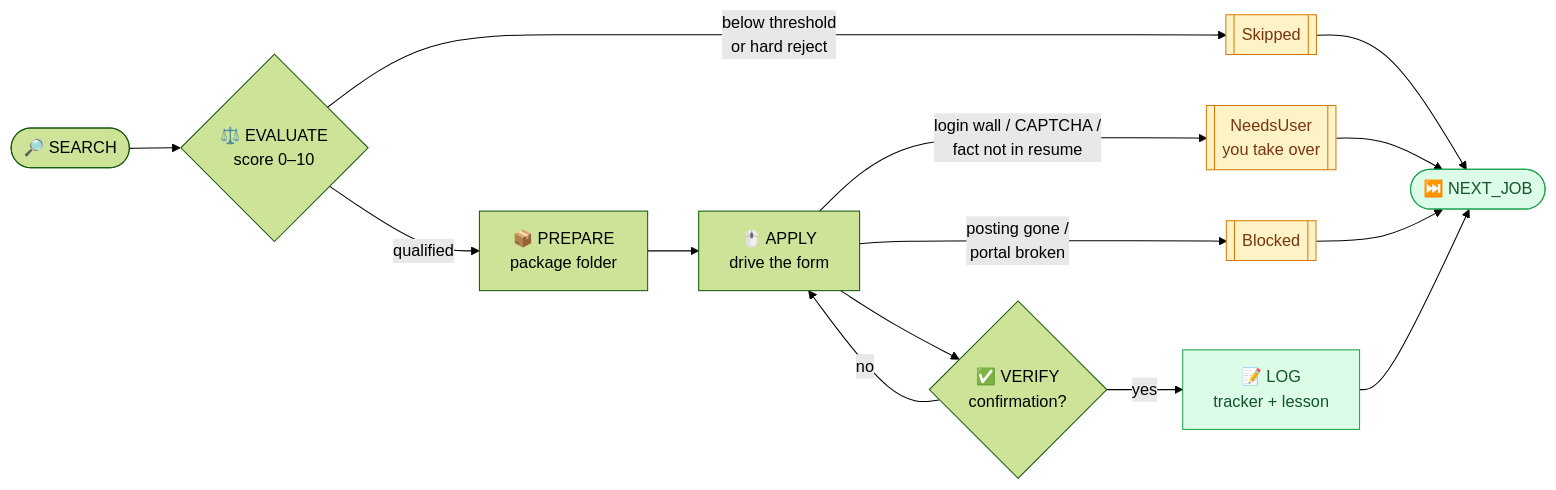
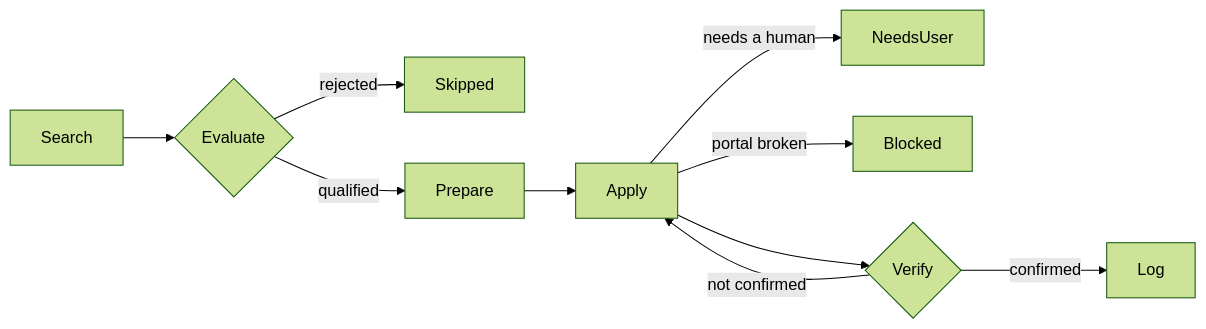
The diagram in README.md (kelvinvaddoriya/job-application-agent), drawn with Mermaid (forest theme) before and after one commit. The commit also changed other lines of this file and 7 other files, not shown here.

````diff
--- a/README.md
+++ b/README.md
@@ -148,21 +57,12 @@
 ```mermaid
 flowchart LR
-    S([🔎 SEARCH]) --> E{⚖️ EVALUATE<br/>score 0–10}
-    E -- below threshold<br/>or hard reject --> SK[[Skipped]]
-    E -- qualified --> P[📦 PREPARE<br/>package folder]
-    P --> A[🖱️ APPLY<br/>drive the form]
-    A -- login wall / CAPTCHA /<br/>fact not in resume --> NU[[NeedsUser<br/>you take over]]
-    A -- posting gone /<br/>portal broken --> BL[[Blocked]]
-    A --> V{✅ VERIFY<br/>confirmation?}
-    V -- yes --> L[📝 LOG<br/>tracker + lesson]
-    V -- no --> A
-    L --> N([⏭️ NEXT_JOB])
-    SK --> N
-    NU --> N
-    BL --> N
-
-    classDef stop fill:#fef3c7,stroke:#d97706,color:#78350f
-    classDef ok fill:#dcfce7,stroke:#16a34a,color:#14532d
-    class SK,NU,BL stop
-    class L,N ok
+    S[Search] --> E{Evaluate}
+    E -- rejected --> SK[Skipped]
+    E -- qualified --> P[Prepare]
+    P --> A[Apply]
+    A -- needs a human --> NU[NeedsUser]
+    A -- portal broken --> BL[Blocked]
+    A --> V{Verify}
+    V -- confirmed --> L[Log]
+    V -- not confirmed --> A
 ```
````
